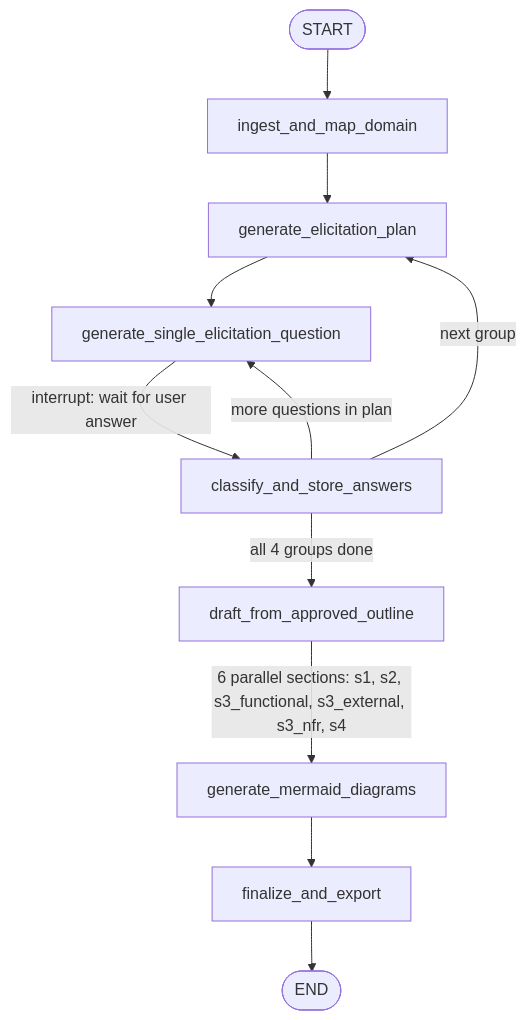
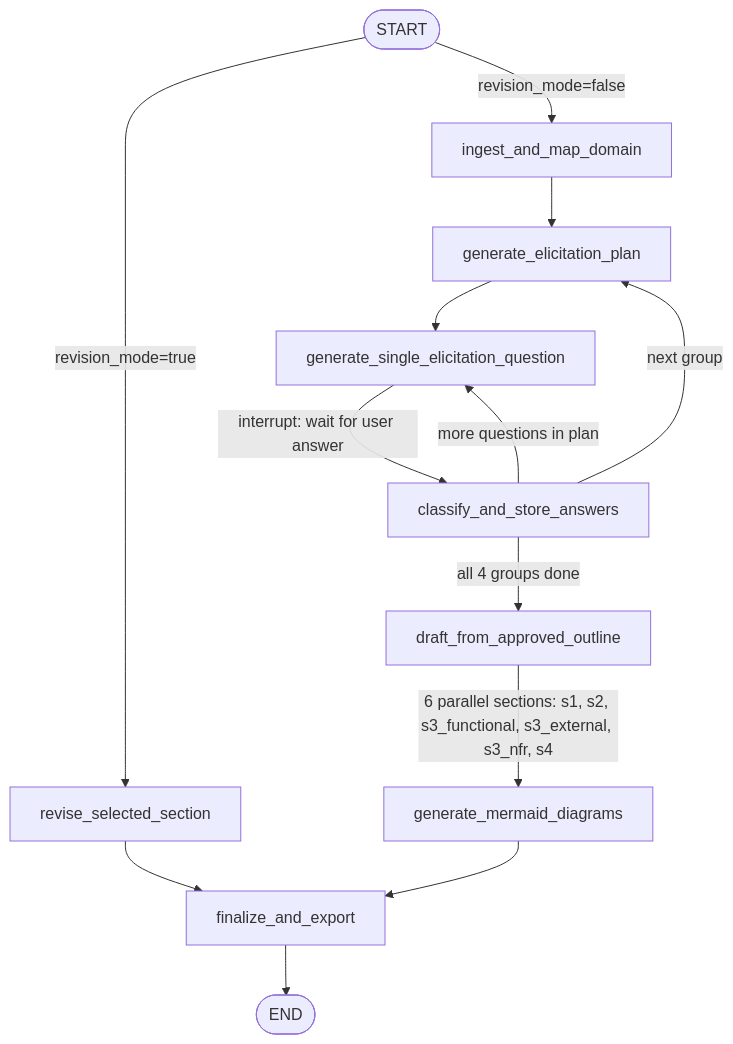
One commit to Ta1al/automated-SRS-generator changed the second of 2 diagrams in README.md. Above: the diagram before and after it, drawn with Mermaid. The commit also changed other lines of this file, not shown here.

Commit message:
feat: add revision mode and section revision functionality in workflow diagram

````diff
--- a/README.md
+++ b/README.md
@@ -83,18 +83,22 @@
 ```mermaid
 flowchart TD
-    START([START]) --> ingest["ingest_and_map_domain"]
+    START([START])
+    START -->|revision_mode=false| ingest["ingest_and_map_domain"]
+    START -->|revision_mode=true| revise["revise_selected_section"]
+
     ingest --> plan["generate_elicitation_plan"]
     plan --> q["generate_single_elicitation_question"]
 
     q -->|interrupt: wait for user answer| store["classify_and_store_answers"]
 
     store -->|more questions in plan| q
     store -->|next group| plan
     store -->|all 4 groups done| draft["draft_from_approved_outline"]
 
     draft -->|6 parallel sections: s1, s2, s3_functional, s3_external, s3_nfr, s4| mermaid["generate_mermaid_diagrams"]
 
+    revise --> finalize["finalize_and_export"]
     mermaid --> finalize["finalize_and_export"]
 
     finalize --> END([END])
 ```
````
